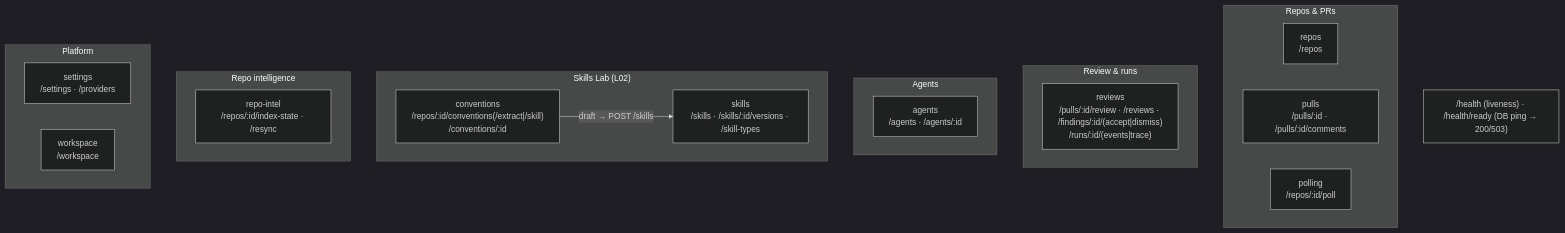
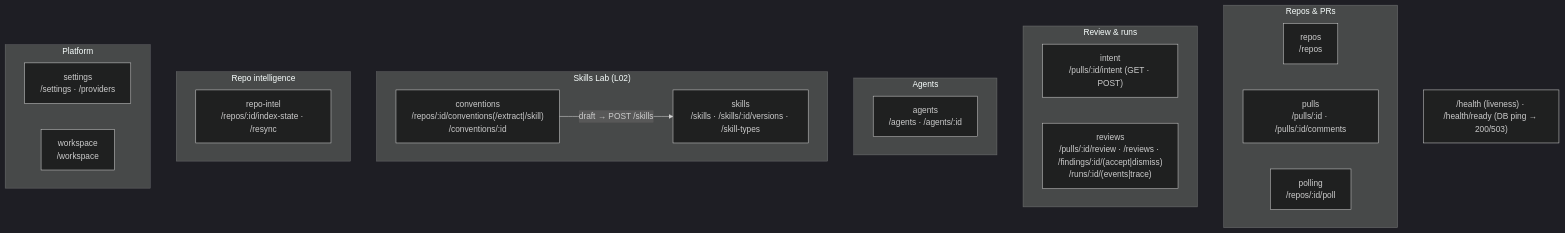
The second of 2 diagrams in server/README.md (kosyakovr/dev-digest), drawn with Mermaid (dark theme) before and after one commit. The commit also changed other lines of this file and 78 other files, not shown here.

````diff
--- a/server/README.md
+++ b/server/README.md
@@ -65,27 +65,28 @@
 ```mermaid
 flowchart TB
   subgraph Repos_PRs["Repos & PRs"]
     repos["repos<br/>/repos"]
     pulls["pulls<br/>/pulls/:id · /pulls/:id/comments"]
     polling["polling<br/>/repos/:id/poll"]
   end
   subgraph Review["Review & runs"]
+    intent["intent<br/>/pulls/:id/intent (GET · POST)"]
     reviews["reviews<br/>/pulls/:id/review · /reviews · /findings/:id/(accept|dismiss)<br/>/runs/:id/(events|trace)"]
   end
   subgraph Agents["Agents"]
     agents["agents<br/>/agents · /agents/:id"]
   end
   subgraph SkillsLab["Skills Lab (L02)"]
     skills["skills<br/>/skills · /skills/:id/versions · /skill-types"]
     conventions["conventions<br/>/repos/:id/conventions(/extract|/skill)<br/>/conventions/:id"]
     conventions -->|"draft → POST /skills"| skills
   end
   subgraph Intel["Repo intelligence"]
     repoIntel["repo-intel<br/>/repos/:id/index-state · /resync"]
   end
   subgraph Platform["Platform"]
     settings["settings<br/>/settings · /providers"]
     workspace["workspace<br/>/workspace"]
   end
   HEALTH["/health (liveness) · /health/ready (DB ping → 200/503)"]
 ```
````
